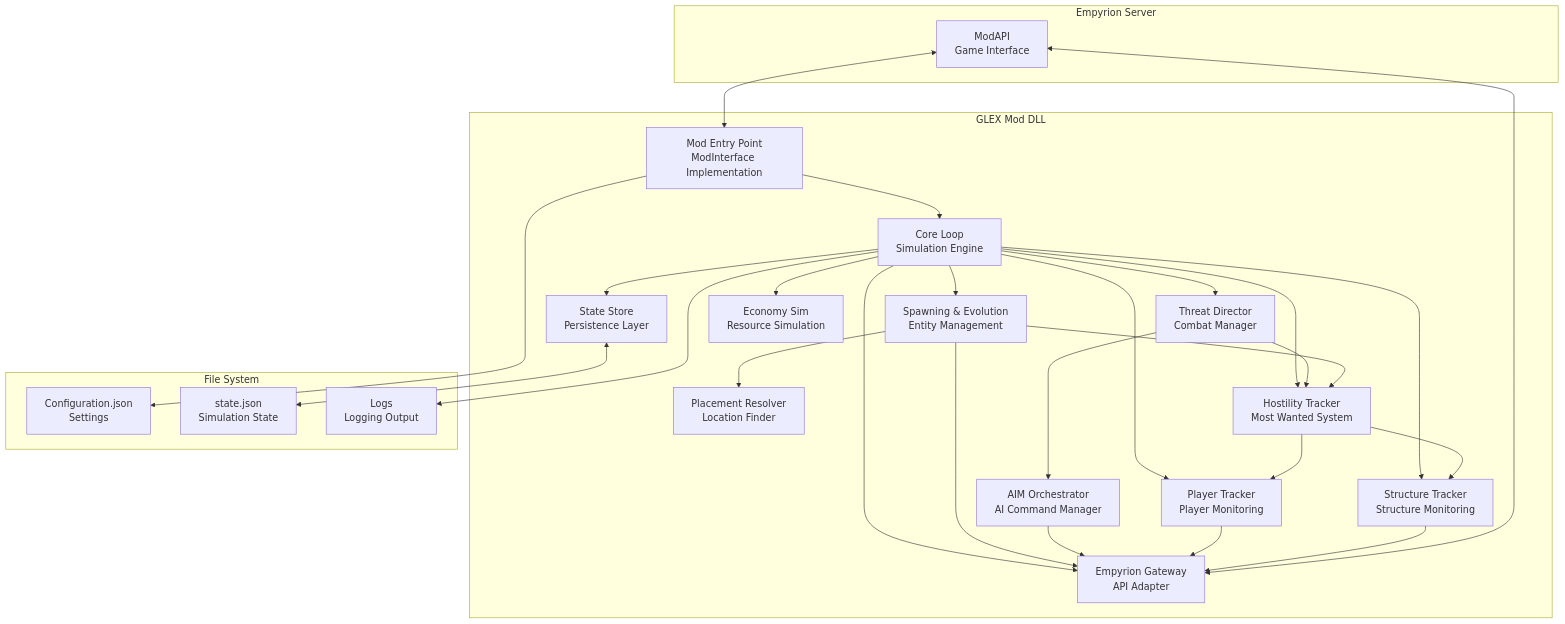
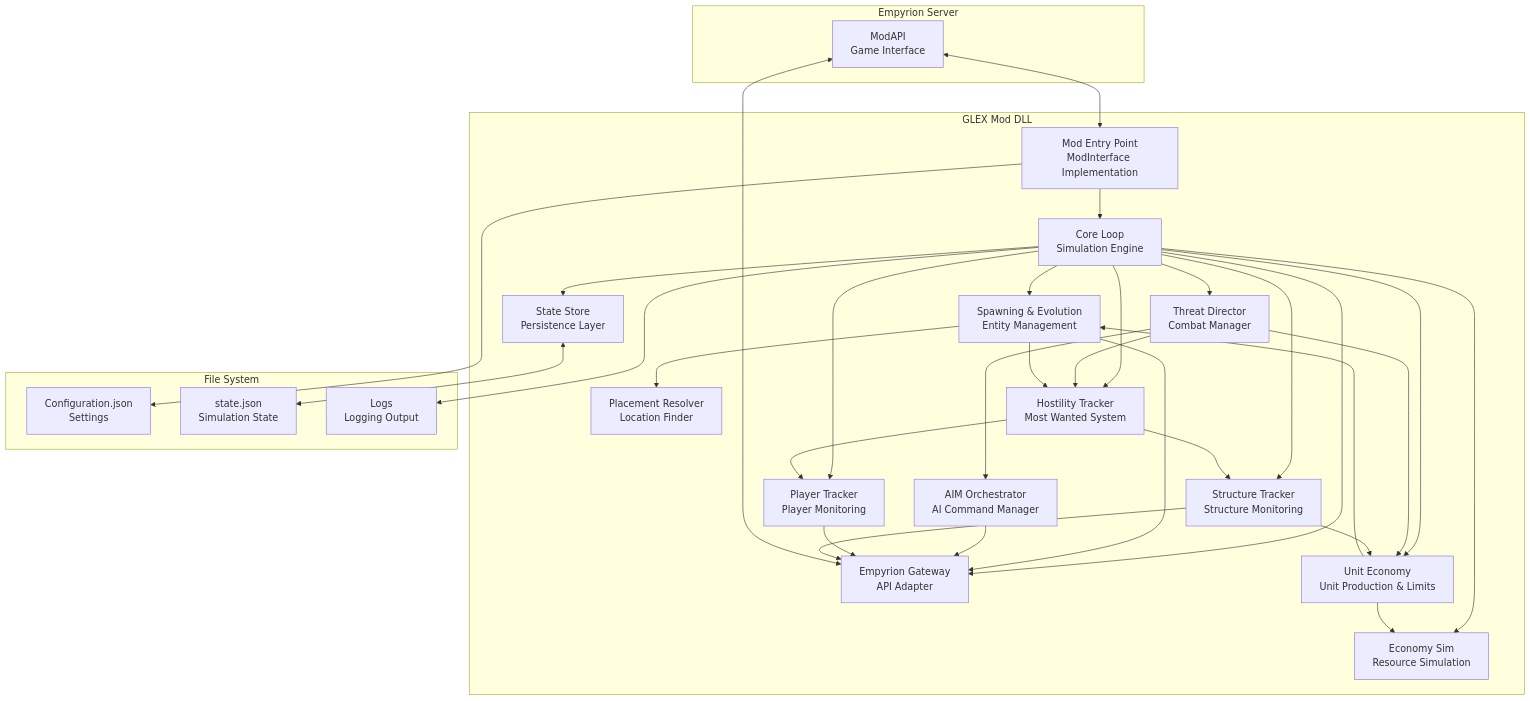
One commit to Gexon/GalacticExpansion changed the second of 11 diagrams in docs/architecture/02_Архитектурный_план.md. Above: the diagram before and after it, drawn with Mermaid. The commit also changed other lines of this file and 11 other files, not shown here.

Commit message:
Sonnet45 Добавлена система Unit Economy

````diff
--- a/docs/architecture/02_Архитектурный_план.md
+++ b/docs/architecture/02_Архитектурный_план.md
@@ -87,63 +87,70 @@
 ```mermaid
 graph TB
     subgraph EmpyrionServer [Empyrion Server]
         ModAPI[ModAPI<br/>Game Interface]
     end
     
     subgraph GLEXMod [GLEX Mod DLL]
         ModEntry[Mod Entry Point<br/>ModInterface Implementation]
         
         CoreLoop[Core Loop<br/>Simulation Engine]
         Gateway[Empyrion Gateway<br/>API Adapter]
         StateStore[State Store<br/>Persistence Layer]
         
         SpawnEvo[Spawning & Evolution<br/>Entity Management]
         AIMOrch[AIM Orchestrator<br/>AI Command Manager]
         Placement[Placement Resolver<br/>Location Finder]
         
         PlayerTracker[Player Tracker<br/>Player Monitoring]
         StructTracker[Structure Tracker<br/>Structure Monitoring]
         ThreatDir[Threat Director<br/>Combat Manager]
         EcoSim[Economy Sim<br/>Resource Simulation]
+        UnitEconomy[Unit Economy<br/>Unit Production & Limits]
         HostilityTracker[Hostility Tracker<br/>Most Wanted System]
     end
     
     subgraph FileSystem [File System]
         Config[Configuration.json<br/>Settings]
         State[state.json<br/>Simulation State]
         Logs[Logs<br/>Logging Output]
     end
     
     ModAPI <--> ModEntry
     ModEntry --> CoreLoop
     
     CoreLoop --> Gateway
     CoreLoop --> StateStore
     CoreLoop --> SpawnEvo
     CoreLoop --> ThreatDir
     CoreLoop --> EcoSim
+    CoreLoop --> UnitEconomy
     
     Gateway <--> ModAPI
     
     SpawnEvo --> Gateway
     SpawnEvo --> Placement
     
     AIMOrch --> Gateway
     ThreatDir --> AIMOrch
+    ThreatDir --> UnitEconomy
+    
+    UnitEconomy --> EcoSim
+    UnitEconomy --> SpawnEvo
     
     PlayerTracker --> Gateway
     StructTracker --> Gateway
+    StructTracker --> UnitEconomy
     
     CoreLoop --> PlayerTracker
     CoreLoop --> StructTracker
     CoreLoop --> HostilityTracker
     
     HostilityTracker --> PlayerTracker
     HostilityTracker --> StructTracker
     ThreatDir --> HostilityTracker
     SpawnEvo --> HostilityTracker
     
     StateStore <--> State
     ModEntry --> Config
     CoreLoop --> Logs
 ```
````
